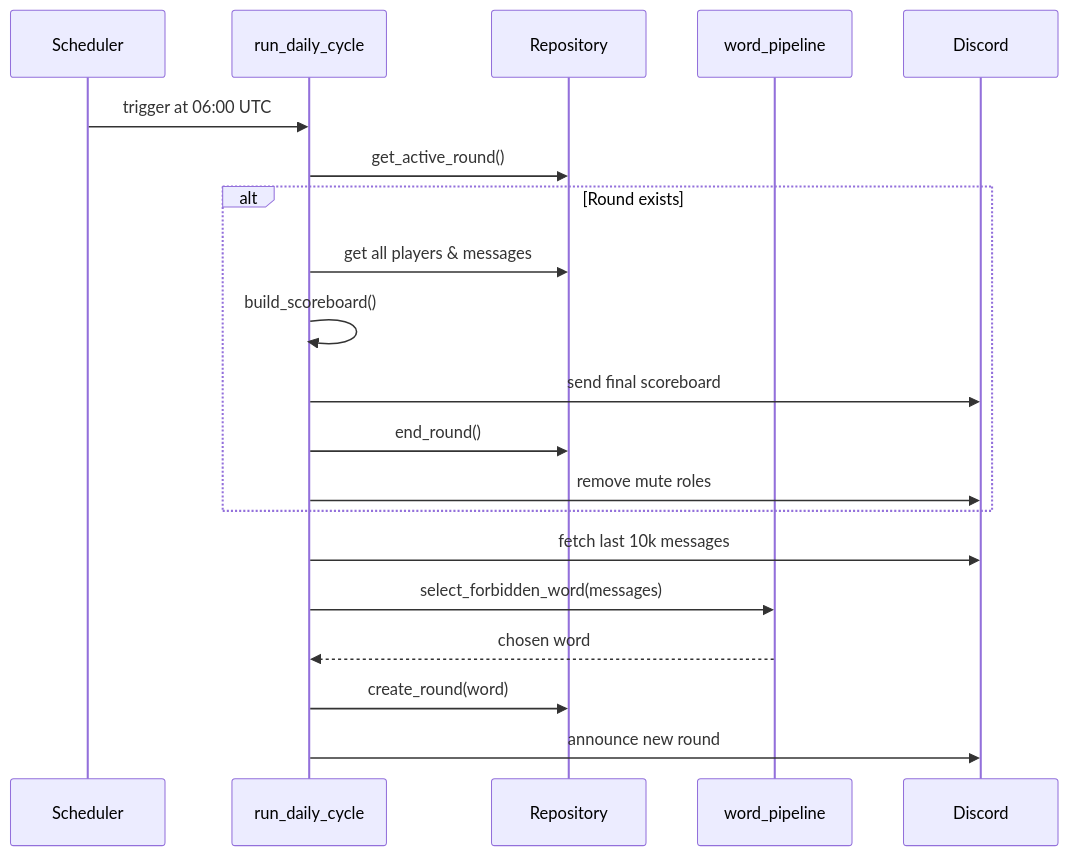
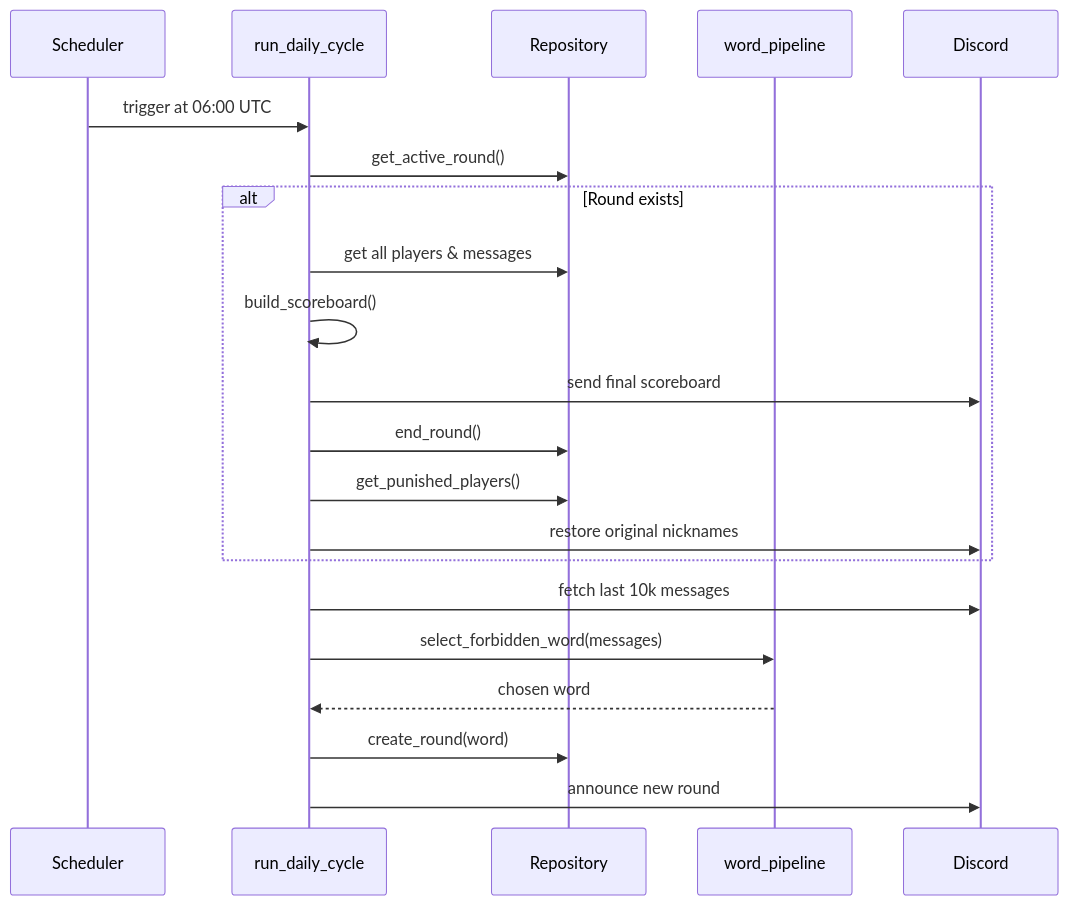
The second of 3 diagrams in docs/CODEBASE_MAP.md (vitorfhc/bengala), drawn with Mermaid before and after one commit. The commit also changed other lines of this file and 12 other files, not shown here.

````diff
--- a/docs/CODEBASE_MAP.md
+++ b/docs/CODEBASE_MAP.md
@@ -177,23 +177,24 @@
 ```mermaid
 sequenceDiagram
     participant Scheduler
     participant Bot as run_daily_cycle
     participant Repo as Repository
     participant Pipeline as word_pipeline
     participant Discord
 
     Scheduler->>Bot: trigger at 06:00 UTC
     Bot->>Repo: get_active_round()
     alt Round exists
         Bot->>Repo: get all players & messages
         Bot->>Bot: build_scoreboard()
         Bot->>Discord: send final scoreboard
         Bot->>Repo: end_round()
-        Bot->>Discord: remove mute roles
+        Bot->>Repo: get_punished_players()
+        Bot->>Discord: restore original nicknames
     end
     Bot->>Discord: fetch last 10k messages
     Bot->>Pipeline: select_forbidden_word(messages)
     Pipeline-->>Bot: chosen word
     Bot->>Repo: create_round(word)
     Bot->>Discord: announce new round
 ```
````
